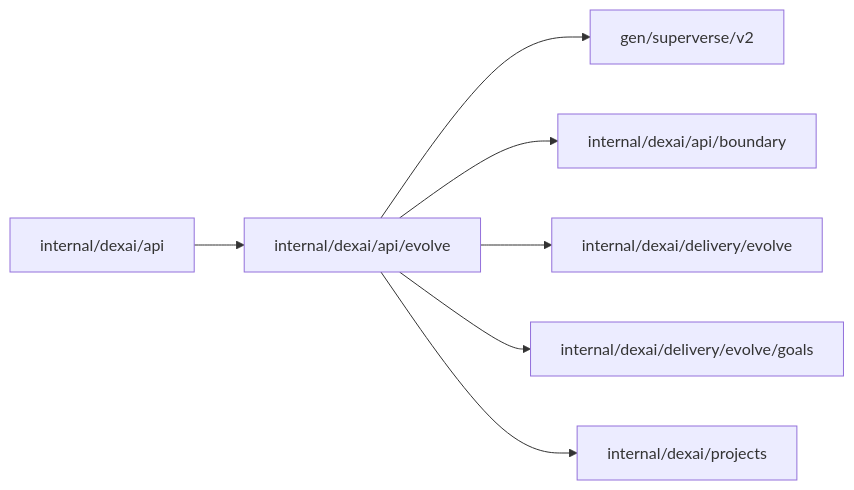
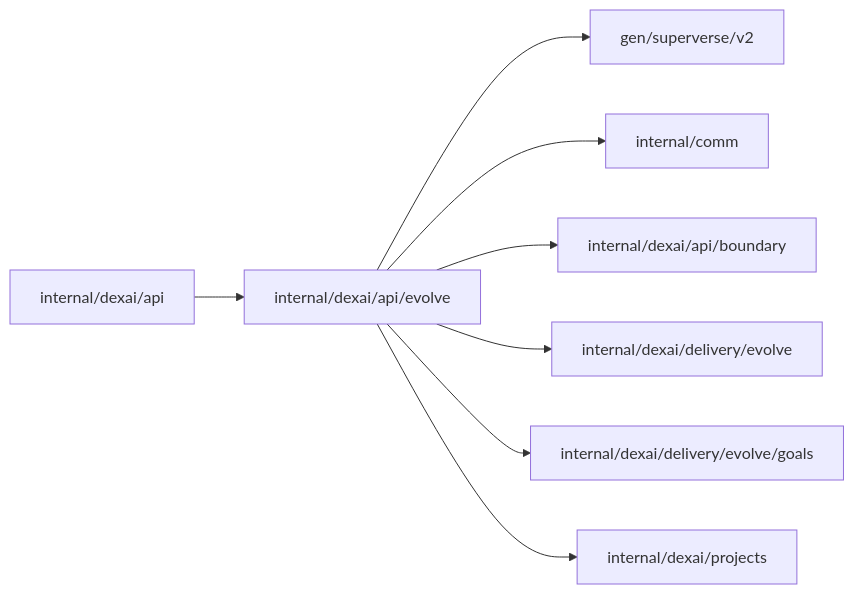
The diagram in internal/dexai/api/evolve/README.md (superdurable/superverse), drawn with Mermaid before and after one commit. The commit also changed other lines of this file and 226 other files, not shown here.

````diff
--- a/internal/dexai/api/evolve/README.md
+++ b/internal/dexai/api/evolve/README.md
@@ -10,10 +10,11 @@
 ```mermaid
 flowchart LR
   self["internal/dexai/api/evolve"]
   c0["internal/dexai/api"] --> self
   self --> d0["gen/superverse/v2"]
-  self --> d1["internal/dexai/api/boundary"]
-  self --> d2["internal/dexai/delivery/evolve"]
-  self --> d3["internal/dexai/delivery/evolve/goals"]
-  self --> d4["internal/dexai/projects"]
+  self --> d1["internal/comm"]
+  self --> d2["internal/dexai/api/boundary"]
+  self --> d3["internal/dexai/delivery/evolve"]
+  self --> d4["internal/dexai/delivery/evolve/goals"]
+  self --> d5["internal/dexai/projects"]
 ```
````
